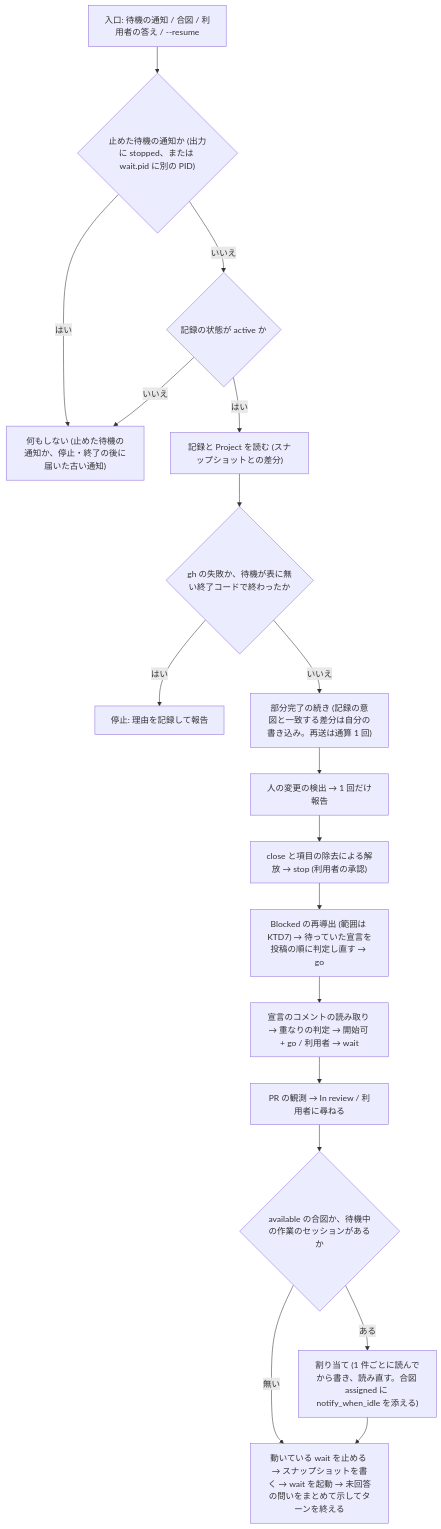
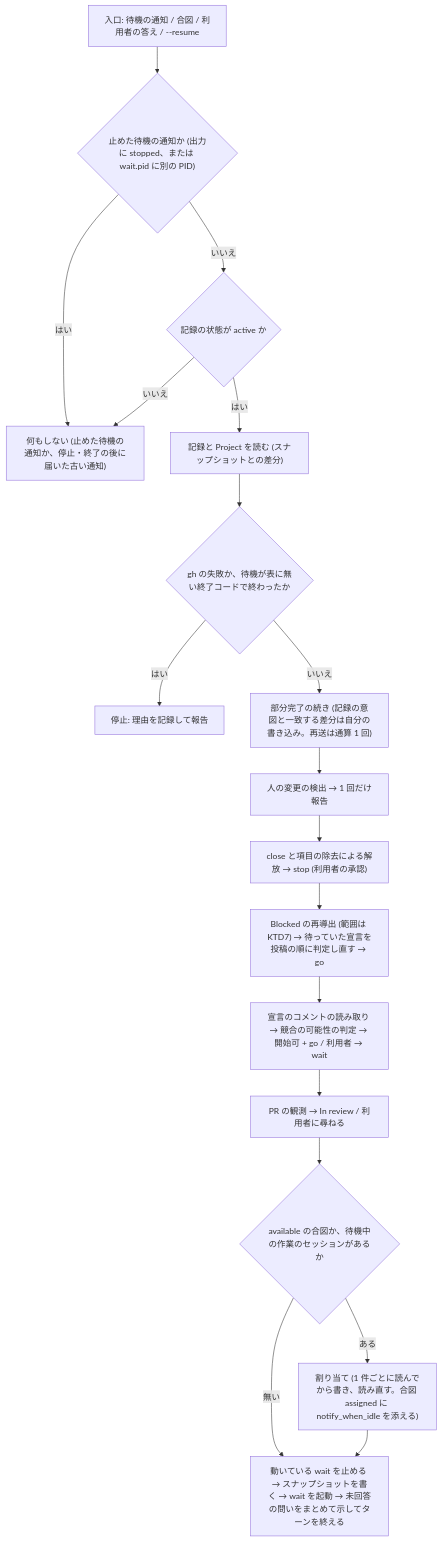
Before and after one commit to akm/claude-plugins: the third of 3 diagrams in docs/plans/2026-10-06-2025-feat-issue-dispatch-plan.md, drawn with Mermaid. The commit also changed other lines of this file, not shown here.

First line of the commit message:
📝 docs(plans): issue-dispatch の計画の「重なり」を、意図を表す「競合の可能性」に言い換える (#114)

````diff
--- a/docs/plans/2026-10-06-2025-feat-issue-dispatch-plan.md
+++ b/docs/plans/2026-10-06-2025-feat-issue-dispatch-plan.md
@@ -603,20 +604,20 @@
 ```mermaid
 flowchart TB
   E["入口: 待機の通知 / 合図 / 利用者の答え / --resume"] --> SP{"止めた待機の通知か (出力に stopped、または wait.pid に別の PID)"}
   SP -- はい --> N["何もしない (止めた待機の通知か、停止・終了の後に届いた古い通知)"]
   SP -- いいえ --> ST{"記録の状態が active か"}
   ST -- いいえ --> N
   ST -- はい --> R0["記録と Project を読む (スナップショットとの差分)"]
   R0 --> X{"gh の失敗か、待機が表に無い終了コードで終わったか"}
   X -- はい --> S1["停止: 理由を記録して報告"]
   X -- いいえ --> Q["部分完了の続き (記録の意図と一致する差分は自分の書き込み。再送は通算 1 回)"]
   Q --> H["人の変更の検出 → 1 回だけ報告"]
   H --> C["close と項目の除去による解放 → stop (利用者の承認)"]
   C --> B["Blocked の再導出 (範囲は KTD7) → 待っていた宣言を投稿の順に判定し直す → go"]
-  B --> D["宣言のコメントの読み取り → 重なりの判定 → 開始可 + go / 利用者 → wait"]
+  B --> D["宣言のコメントの読み取り → 競合の可能性の判定 → 開始可 + go / 利用者 → wait"]
   D --> P["PR の観測 → In review / 利用者に尋ねる"]
   P --> A{"available の合図か、待機中の作業のセッションがあるか"}
   A -- ある --> AS["割り当て (1 件ごとに読んでから書き、読み直す。合図 assigned に notify_when_idle を添える)"]
   A -- 無い --> W
   AS --> W["動いている wait を止める → スナップショットを書く → wait を起動 → 未回答の問いをまとめて示してターンを終える"]
 ```
````
